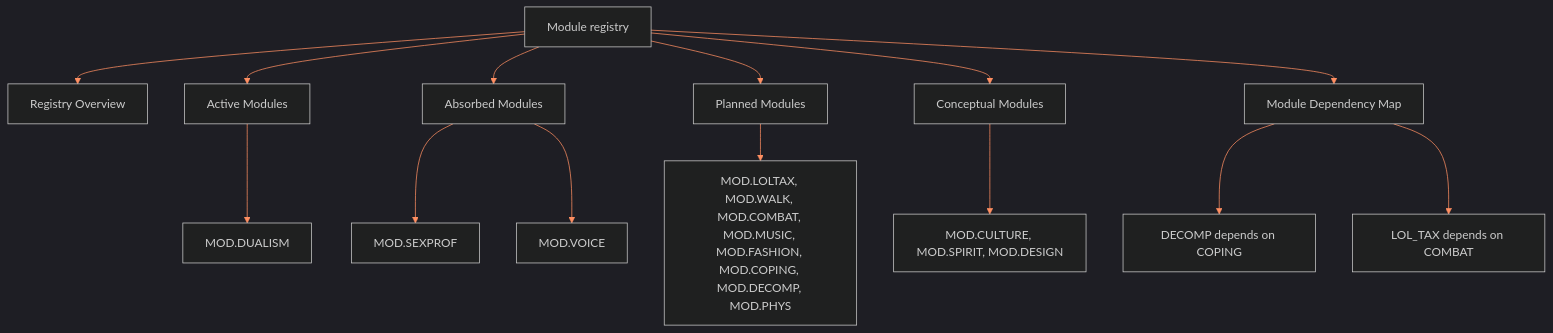
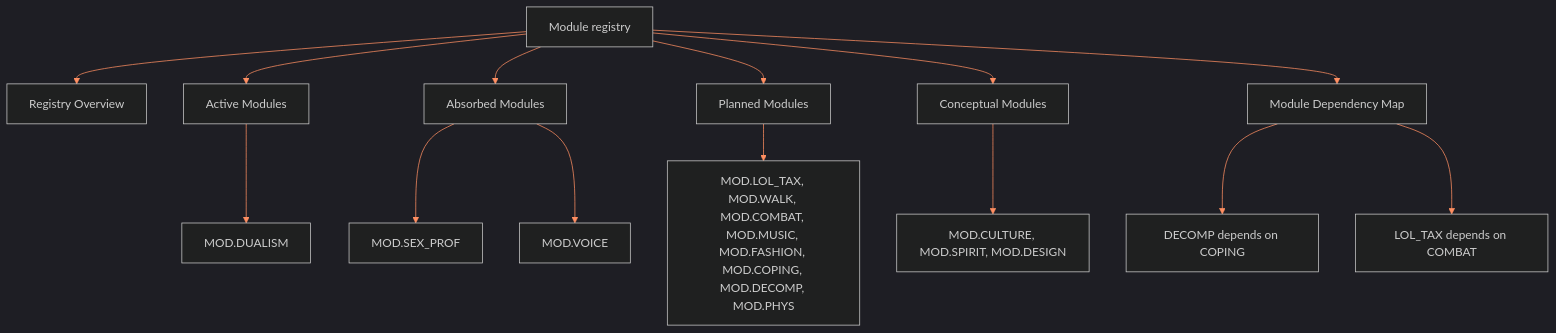
Before and after one commit to leechseed/_setsunadev: the diagram in ShroomsQ/_CANON/_DOCS/00_EPISTEMOLOGY/ssot_00_module_registry/2-reference.md, drawn with Mermaid. The commit also changed 44 other files, not shown here.

````diff
--- a/ShroomsQ/_CANON/_DOCS/00_EPISTEMOLOGY/ssot_00_module_registry/2-reference.md
+++ b/ShroomsQ/_CANON/_DOCS/00_EPISTEMOLOGY/ssot_00_module_registry/2-reference.md
@@ -19,17 +19,17 @@
 ```mermaid
 %%{init: {"theme": "dark", "themeVariables": {"primaryColor": "#2A1A12", "primaryBorderColor": "#FF5A1F", "primaryTextColor": "#F2EDE6", "lineColor": "#FF8F62", "fontFamily": "Atkinson Hyperlegible, sans-serif"}}}%%
 flowchart TD
   R["Module registry"] --> O["Registry Overview"]
   R --> A["Active Modules"]
   R --> B["Absorbed Modules"]
   R --> P["Planned Modules"]
   R --> C["Conceptual Modules"]
   R --> M["Module Dependency Map"]
   A --> A1["MOD.DUALISM"]
-  B --> B1["MOD.SEXPROF"]
+  B --> B1["MOD.SEX_PROF"]
   B --> B2["MOD.VOICE"]
-  P --> P1["MOD.LOLTAX, MOD.WALK, MOD.COMBAT, MOD.MUSIC, MOD.FASHION, MOD.COPING, MOD.DECOMP, MOD.PHYS"]
+  P --> P1["MOD.LOL_TAX, MOD.WALK, MOD.COMBAT, MOD.MUSIC, MOD.FASHION, MOD.COPING, MOD.DECOMP, MOD.PHYS"]
   C --> C1["MOD.CULTURE, MOD.SPIRIT, MOD.DESIGN"]
   M --> M1["DECOMP depends on COPING"]
   M --> M2["LOL_TAX depends on COMBAT"]
 ```
````
